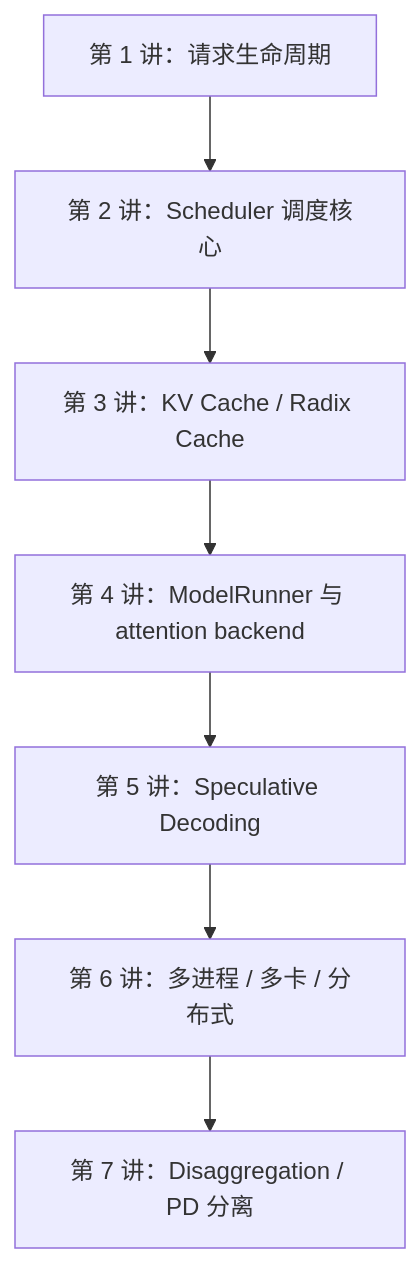
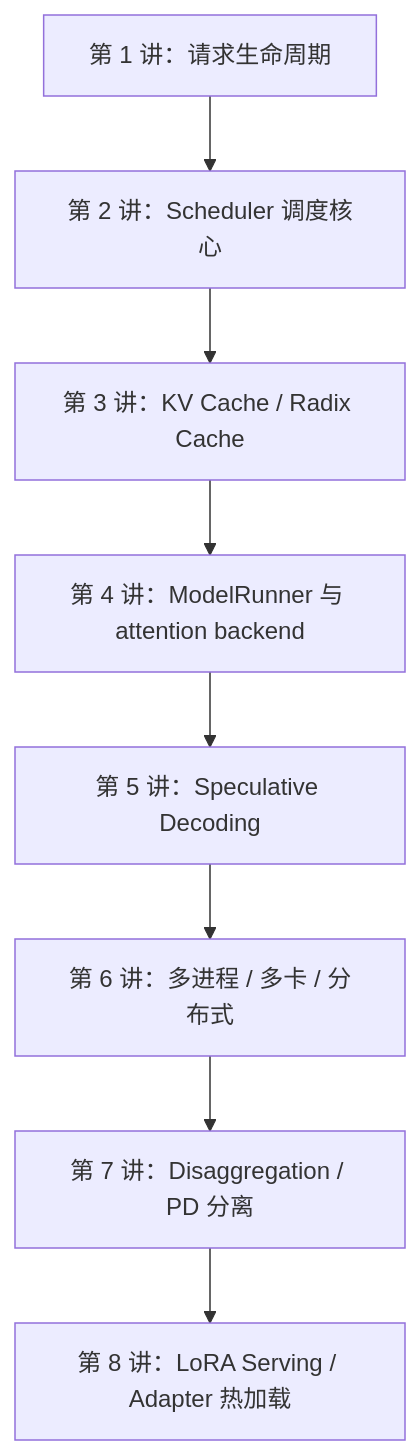
Before and after one commit to cl-vv-h/SGLang_Tutor: the diagram in learning/sglang-source-reading/README.md, drawn with Mermaid. The commit also changed other lines of this file and 1 other file, not shown here.

Commit message:
Add PD disaggregation source reading lesson

````diff
--- a/learning/sglang-source-reading/README.md
+++ b/learning/sglang-source-reading/README.md
@@ -7,9 +7,10 @@
 ```mermaid
 flowchart TD
   A["第 1 讲：请求生命周期"] --> B["第 2 讲：Scheduler 调度核心"]
   B --> C["第 3 讲：KV Cache / Radix Cache"]
   C --> D["第 4 讲：ModelRunner 与 attention backend"]
   D --> E["第 5 讲：Speculative Decoding"]
   E --> F["第 6 讲：多进程 / 多卡 / 分布式"]
   F --> G["第 7 讲：Disaggregation / PD 分离"]
+  G --> H["第 8 讲：LoRA Serving / Adapter 热加载"]
 ```
````
